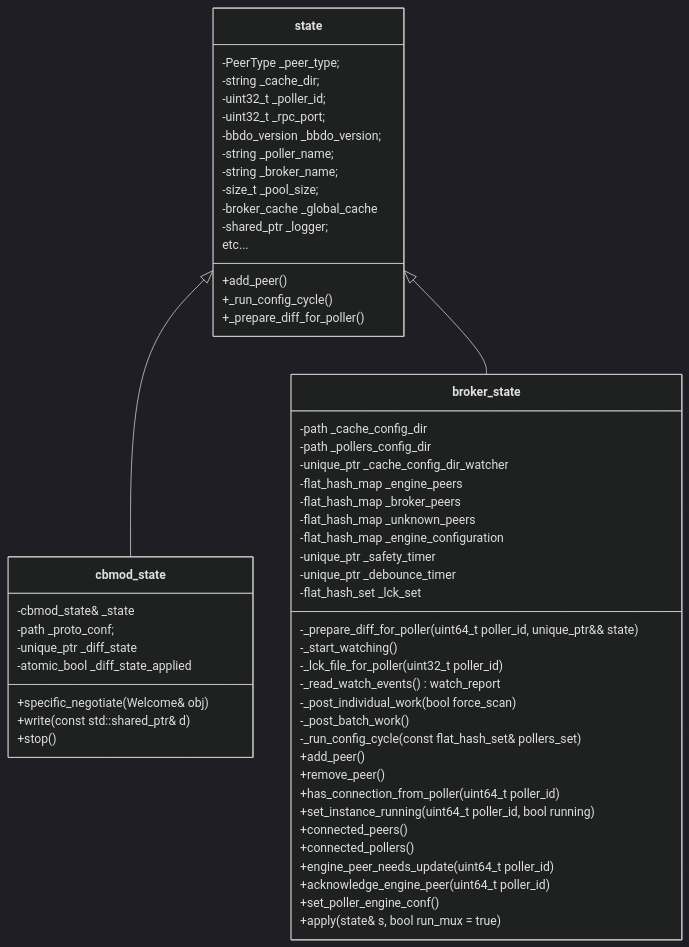
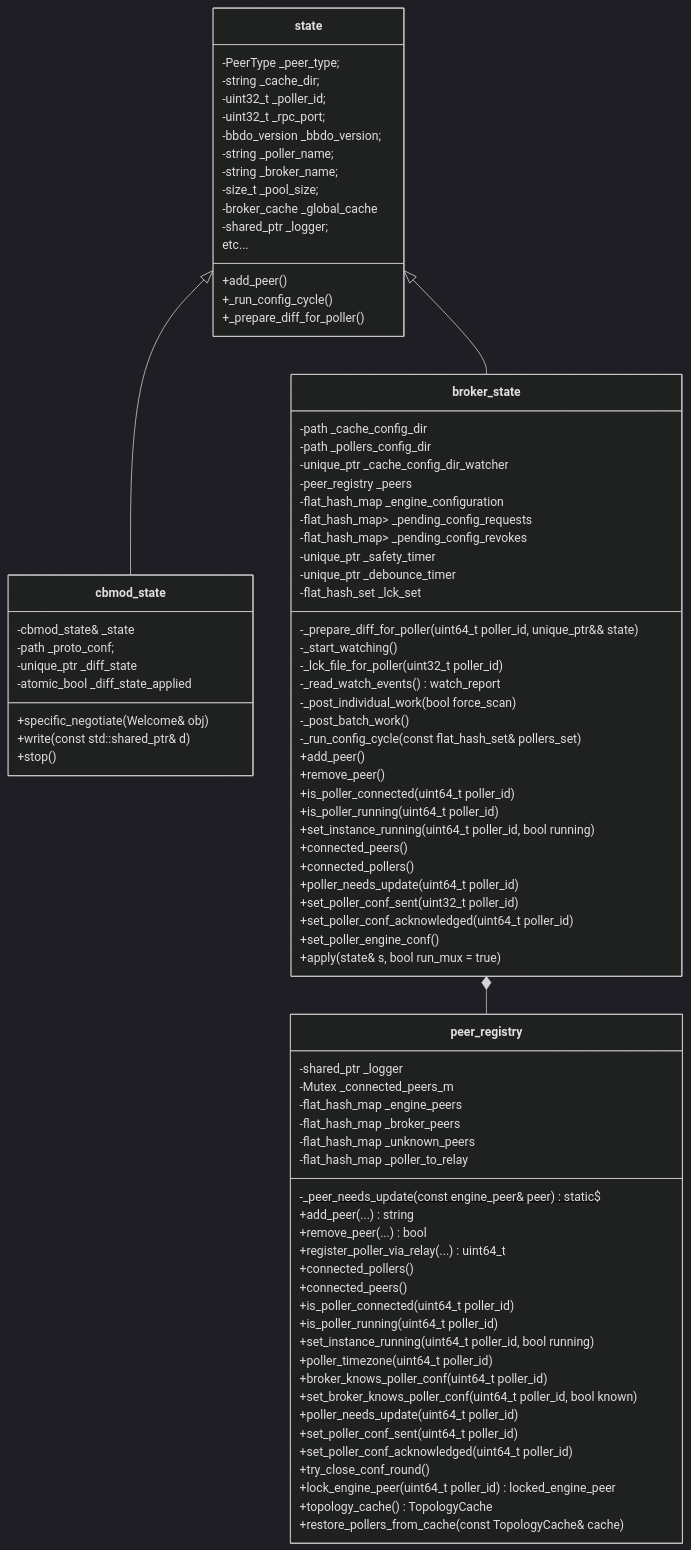
One commit to centreon/centreon-collect changed diagram 19 of 44 in doc/nego-engine-broker-fr.md. Above: the diagram before and after it, drawn with Mermaid (dark theme). The commit also changed other lines of this file and 14 other files, not shown here.

````diff
--- a/doc/nego-engine-broker-fr.md
+++ b/doc/nego-engine-broker-fr.md
@@ -2245,14 +2251,41 @@
         +write(const std::shared_ptr<io::data>& d)
         +stop()
     }
+    class peer_registry {
+        -shared_ptr<logger> _logger
+        -Mutex _connected_peers_m
+        -flat_hash_map<uint64_t, engine_peer> _engine_peers
+        -flat_hash_map<peer_key, broker_peer> _broker_peers
+        -flat_hash_map<peer_key, unknown_peer> _unknown_peers
+        -flat_hash_map<uint64_t, uint64_t> _poller_to_relay
+        -_peer_needs_update(const engine_peer& peer)$static$
+        +add_peer(...) string
+        +remove_peer(...) bool
+        +register_poller_via_relay(...) uint64_t
+        +connected_pollers()
+        +connected_peers()
+        +is_poller_connected(uint64_t poller_id)
+        +is_poller_running(uint64_t poller_id)
+        +set_instance_running(uint64_t poller_id, bool running)
+        +poller_timezone(uint64_t poller_id)
+        +broker_knows_poller_conf(uint64_t poller_id)
+        +set_broker_knows_poller_conf(uint64_t poller_id, bool known)
+        +poller_needs_update(uint64_t poller_id)
+        +set_poller_conf_sent(uint64_t poller_id)
+        +set_poller_conf_acknowledged(uint64_t poller_id)
+        +try_close_conf_round()
+        +lock_engine_peer(uint64_t poller_id) locked_engine_peer
+        +topology_cache() TopologyCache
+        +restore_pollers_from_cache(const TopologyCache& cache)
+    }
     class broker_state {
         -path _cache_config_dir
         -path _pollers_config_dir
         -unique_ptr<directory_watcher> _cache_config_dir_watcher
-        -flat_hash_map<peer_key, engine_peer> _engine_peers
-        -flat_hash_map<peer_key, broker_peer> _broker_peers
-        -flat_hash_map<peer_key, unknown_peer> _unknown_peers
+        -peer_registry _peers
         -flat_hash_map<uint64_t, string> _engine_configuration
+        -flat_hash_map<uint64_t, pair<string,string>> _pending_config_requests
+        -flat_hash_map<uint64_t, vector<uint64_t>> _pending_config_revokes
         -unique_ptr<steady_timer> _safety_timer
         -unique_ptr<steady_timer> _debounce_timer
         -flat_hash_set<uint32_t> _lck_set
@@ -2265,15 +2298,18 @@
         -_run_config_cycle(const flat_hash_set<uint32_t>& pollers_set)
         +add_peer()
         +remove_peer()
-        +has_connection_from_poller(uint64_t poller_id)
+        +is_poller_connected(uint64_t poller_id)
+        +is_poller_running(uint64_t poller_id)
         +set_instance_running(uint64_t poller_id, bool running)
         +connected_peers()
         +connected_pollers()
-        +engine_peer_needs_update(uint64_t poller_id)
-        +acknowledge_engine_peer(uint64_t poller_id)
+        +poller_needs_update(uint64_t poller_id)
+        +set_poller_conf_sent(uint32_t poller_id)
+        +set_poller_conf_acknowledged(uint64_t poller_id)
         +set_poller_engine_conf()
         +apply(state& s, bool run_mux = true)
     }
     state <|-- cbmod_state
     state <|-- broker_state
+    broker_state *-- peer_registry
 ```
````
